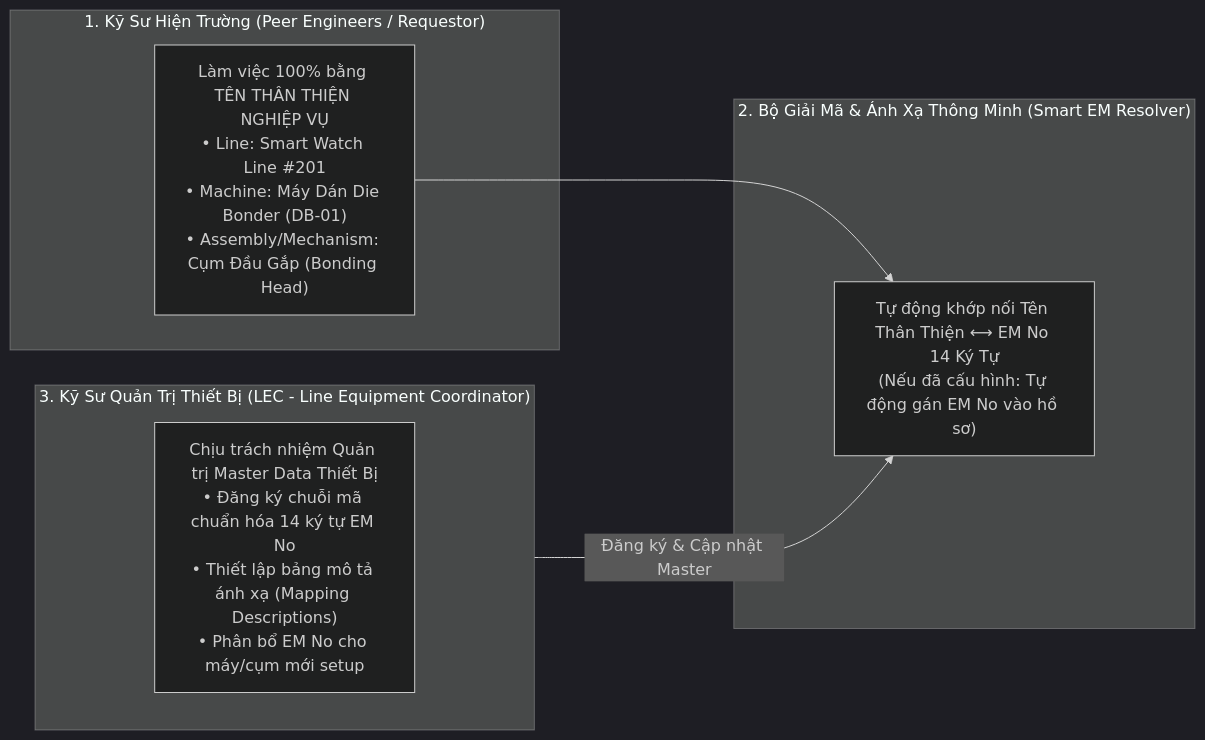
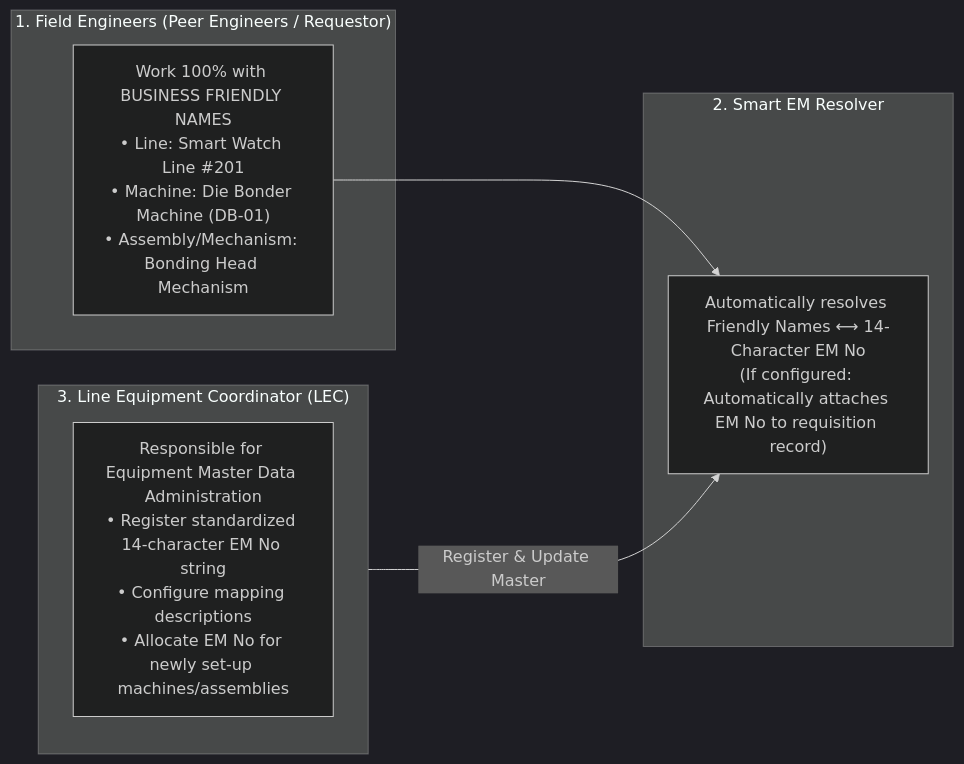
Before and after one commit to longphamduc-vn/ops-workflow: the first of 2 diagrams in procurement-system/01-master-data-and-ebom/02-ebom-structure-and-equipment-tree.md, drawn with Mermaid (dark theme). The commit also changed other lines of this file and 28 other files, not shown here.

````diff
--- a/procurement-system/01-master-data-and-ebom/02-ebom-structure-and-equipment-tree.md
+++ b/procurement-system/01-master-data-and-ebom/02-ebom-structure-and-equipment-tree.md
@@ -10,17 +10,17 @@
 ```mermaid
 flowchart LR
-    subgraph RequestorRole["1. Kỹ Sư Hiện Trường (Peer Engineers / Requestor)"]
-        REQ_UI["Làm việc 100% bằng TÊN THÂN THIỆN NGHIỆP VỤ\n• Line: Smart Watch Line #201\n• Machine: Máy Dán Die Bonder (DB-01)\n• Assembly/Mechanism: Cụm Đầu Gắp (Bonding Head)"]
+    subgraph RequestorRole["1. Field Engineers (Peer Engineers / Requestor)"]
+        REQ_UI["Work 100% with BUSINESS FRIENDLY NAMES\n• Line: Smart Watch Line #201\n• Machine: Die Bonder Machine (DB-01)\n• Assembly/Mechanism: Bonding Head Mechanism"]
     end
 
-    subgraph SystemLookup["2. Bộ Giải Mã & Ánh Xạ Thông Minh (Smart EM Resolver)"]
-        RESOLVE["Tự động khớp nối Tên Thân Thiện ⟷ EM No 14 Ký Tự\n(Nếu đã cấu hình: Tự động gán EM No vào hồ sơ)"]
+    subgraph SystemLookup["2. Smart EM Resolver"]
+        RESOLVE["Automatically resolves Friendly Names ⟷ 14-Character EM No\n(If configured: Automatically attaches EM No to requisition record)"]
     end
 
-    subgraph LECRole["3. Kỹ Sư Quản Trị Thiết Bị (LEC - Line Equipment Coordinator)"]
-        LEC_UI["Chịu trách nhiệm Quản trị Master Data Thiết Bị\n• Đăng ký chuỗi mã chuẩn hóa 14 ký tự EM No\n• Thiết lập bảng mô tả ánh xạ (Mapping Descriptions)\n• Phân bổ EM No cho máy/cụm mới setup"]
+    subgraph LECRole["3. Line Equipment Coordinator (LEC)"]
+        LEC_UI["Responsible for Equipment Master Data Administration\n• Register standardized 14-character EM No string\n• Configure mapping descriptions\n• Allocate EM No for newly set-up machines/assemblies"]
     end
 
     REQ_UI --> RESOLVE
-    LECRole -->|Đăng ký & Cập nhật Master| RESOLVE
+    LECRole -->|Register & Update Master| RESOLVE
 ```
````
